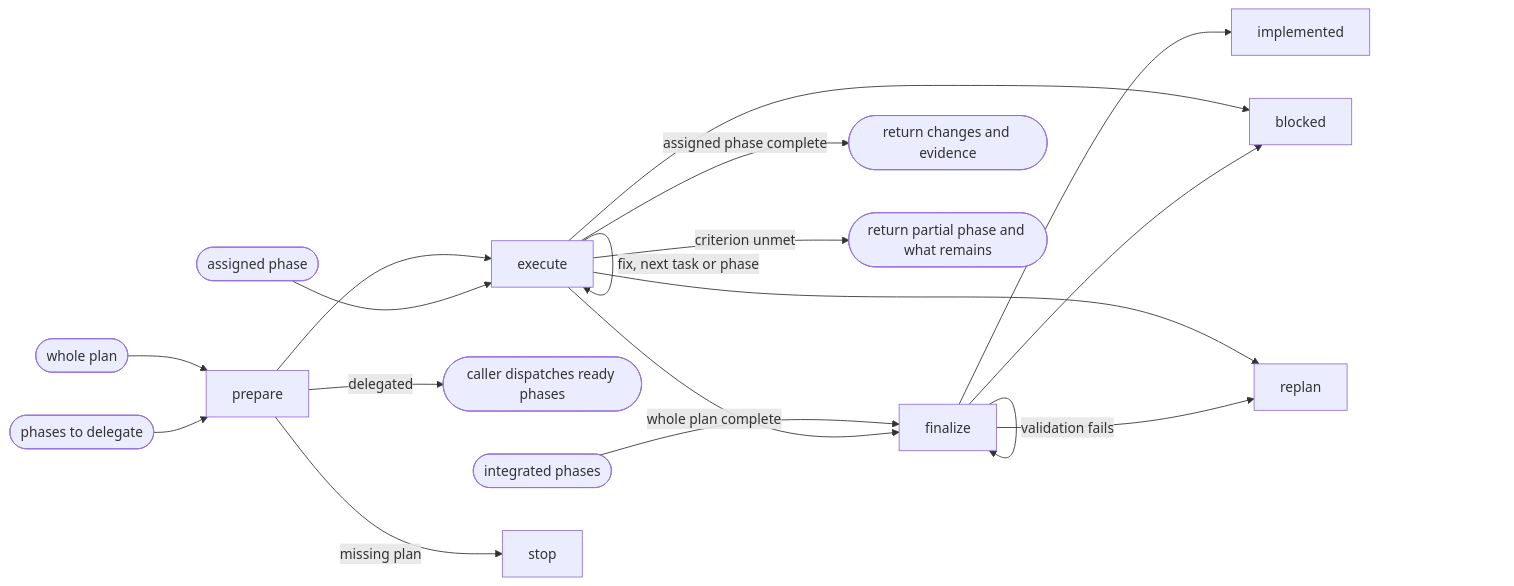
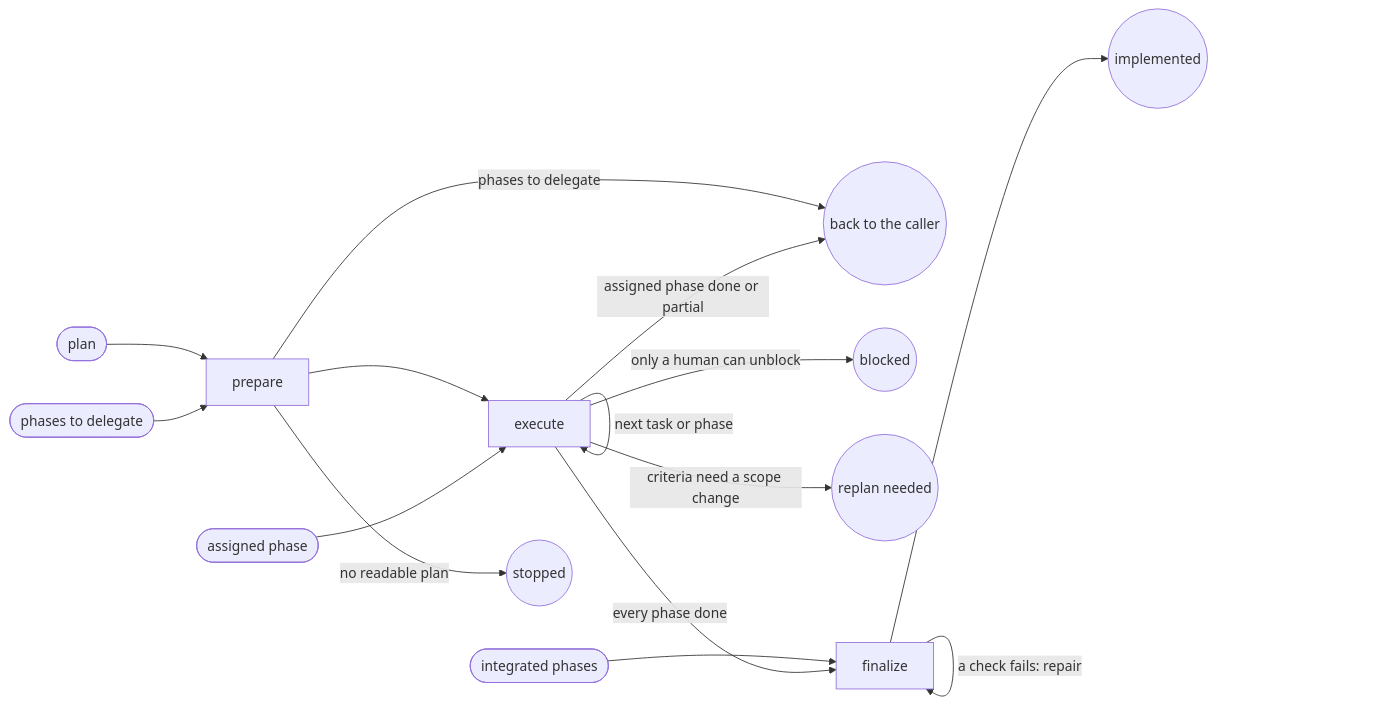
The diagram in plugins/aidd-dev/skills/02-implement/SKILL.md (ai-driven-dev/framework), drawn with Mermaid before and after one commit. The commit also changed other lines of this file and 6 other files, not shown here.

Commit message:
docs(aidd-dev): implement in the lean skill format, deliver ready phases in waves

````diff
--- a/plugins/aidd-dev/skills/02-implement/SKILL.md
+++ b/plugins/aidd-dev/skills/02-implement/SKILL.md
@@ -9,17 +11,16 @@
 ```mermaid
 flowchart LR
-  whole([whole plan]) --> prepare --> execute
-  delegated([phases to delegate]) --> prepare -->|delegated| dispatched([caller dispatches ready phases])
-  assigned([assigned phase]) --> execute
+  plan([plan]) --> prepare --> execute
+  delegated([phases to delegate]) --> prepare
+  phase([assigned phase]) --> execute
   integrated([integrated phases]) --> finalize
-  execute -->|whole plan complete| finalize --> implemented
-  execute -->|assigned phase complete| returned([return changes and evidence])
-  execute -->|criterion unmet| partial([return partial phase and what remains])
-  prepare -->|missing plan| stop
-  execute -->|fix, next task or phase| execute
-  execute --> blocked
-  execute --> replan
-  finalize -->|validation fails| finalize
-  finalize --> blocked
-  finalize --> replan
+  prepare -->|"no readable plan"| stopped((stopped))
+  prepare -->|"phases to delegate"| caller((back to the caller))
+  execute -->|"next task or phase"| execute
+  execute -->|"assigned phase done or partial"| caller
+  execute -->|"every phase done"| finalize
+  execute -->|"only a human can unblock"| blocked((blocked))
+  execute -->|"criteria need a scope change"| replan((replan needed))
+  finalize -->|"a check fails: repair"| finalize
+  finalize --> implemented((implemented))
 ```
````
